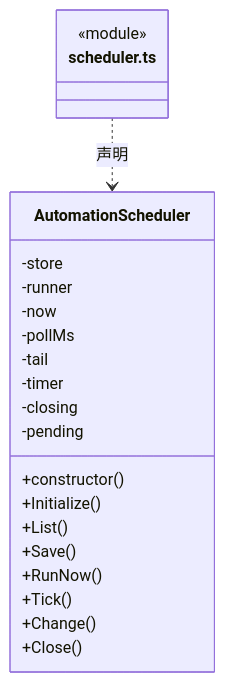
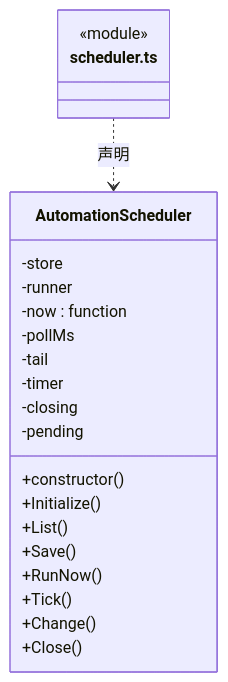
One commit to nan023062/cbim changed the first of 2 diagrams in src/logic/automation/runtime/ARCHITECTURE.md. Above: the diagram before and after it, drawn with Mermaid. The commit also changed other lines of this file and 137 other files, not shown here.

Commit message:
fix: align architecture generator with documentation standards

````diff
--- a/src/logic/automation/runtime/ARCHITECTURE.md
+++ b/src/logic/automation/runtime/ARCHITECTURE.md
@@ -52,25 +54,25 @@
 ```mermaid
 classDiagram
 class N_src_logic_automation_runtime_scheduler_ts["scheduler.ts"] {
   <<module>>
 }
 class N_src_logic_automation_runtime_scheduler_ts_AutomationScheduler["AutomationScheduler"] {
   +constructor()
   +Initialize()
   +List()
   +Save()
   +RunNow()
   +Tick()
   +Change()
   +Close()
   -store
   -runner
-  -now
+  -now : function
   -pollMs
   -tail
   -timer
   -closing
   -pending
 }
 N_src_logic_automation_runtime_scheduler_ts ..> N_src_logic_automation_runtime_scheduler_ts_AutomationScheduler : 声明
 ```
````
